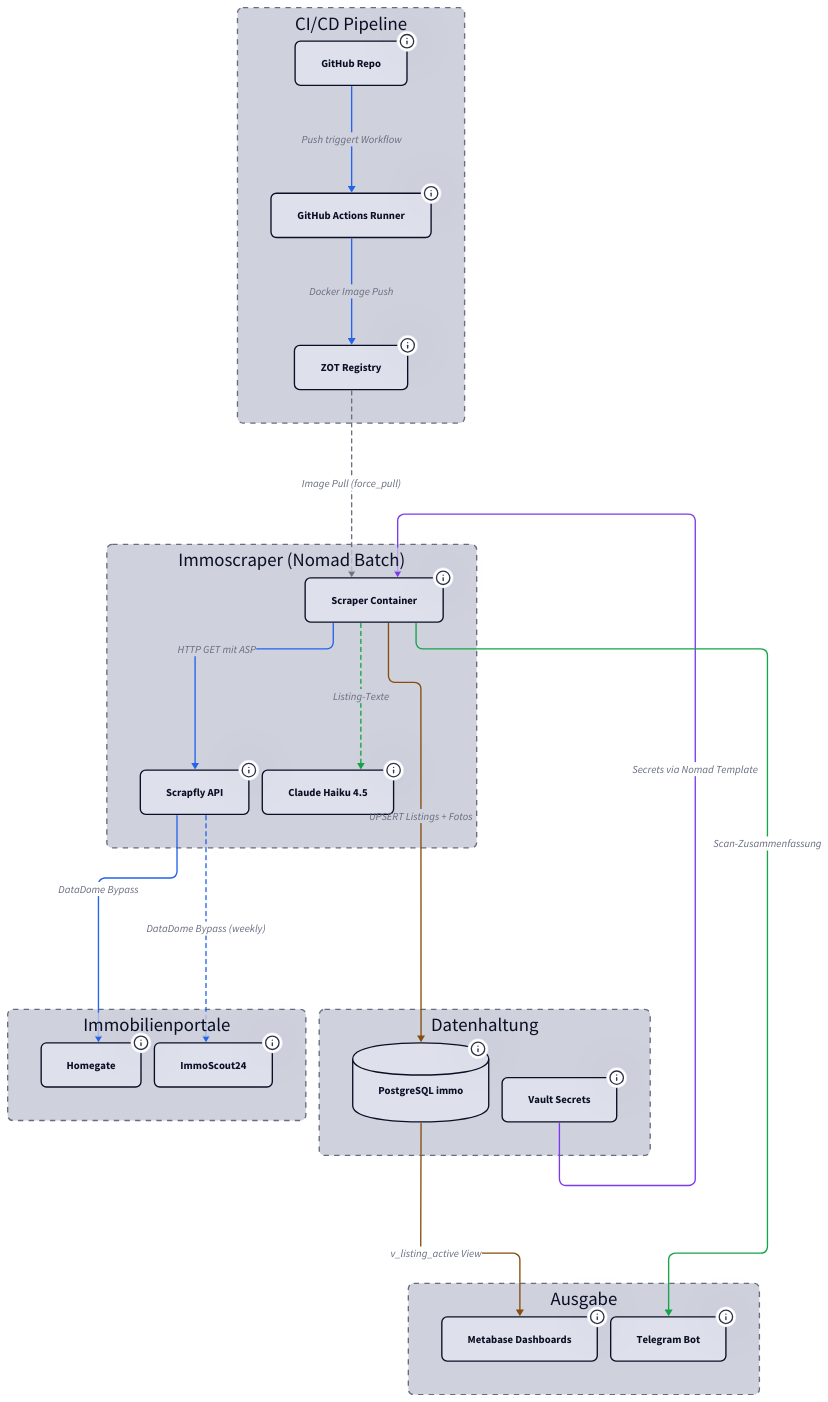
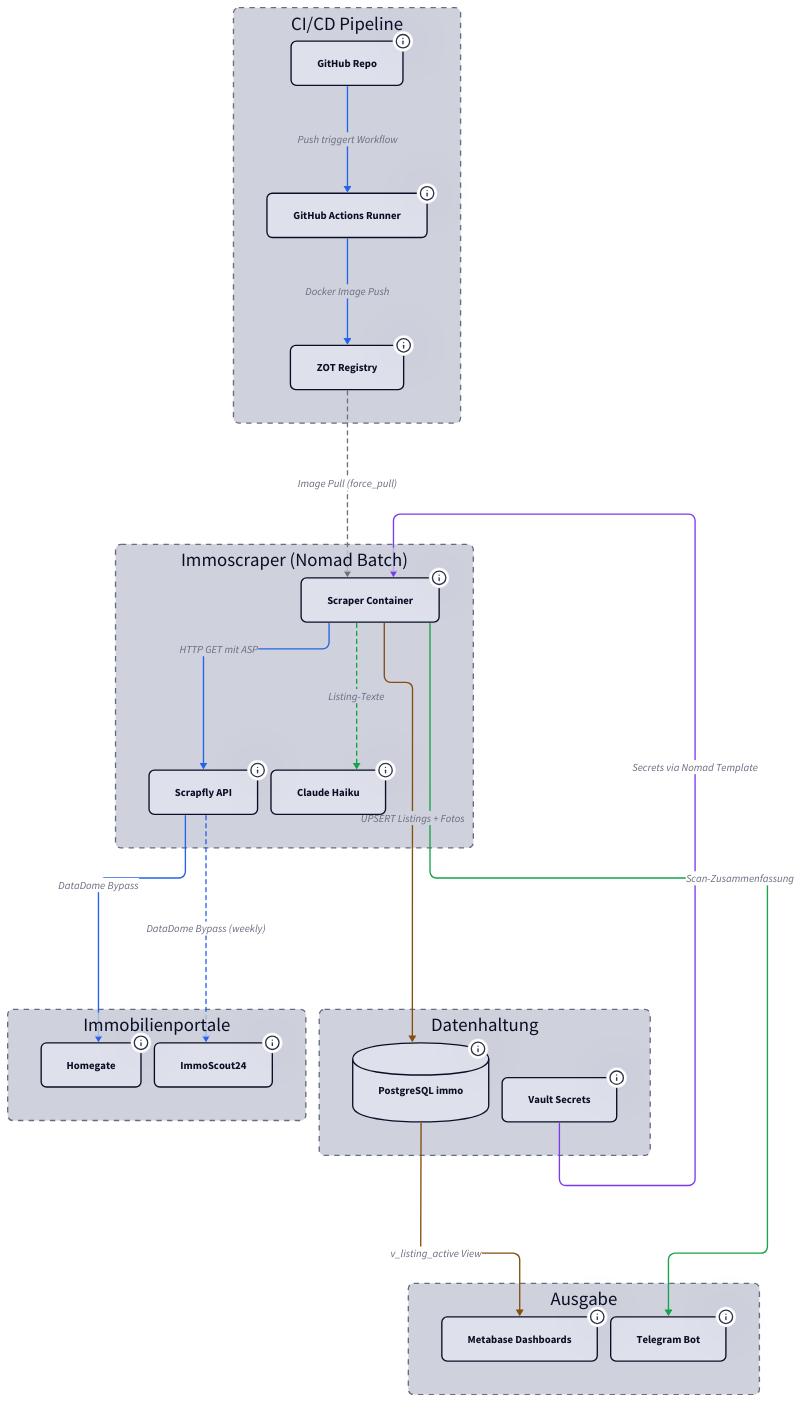
One commit to derever-labs/homelab-wiki changed the first of 3 diagrams in docs/immobilien-monitoring/index.md. Above: the diagram before and after it, drawn with D2. The commit also changed other lines of this file and 109 other files, not shown here.

```diff
--- a/docs/immobilien-monitoring/index.md
+++ b/docs/immobilien-monitoring/index.md
@@ -68,13 +72,13 @@
 
   Job: Scraper Container {
     class: node
-    tooltip: "node:22-alpine | MODE=scan oder MODE=weekly"
+    tooltip: "node (Alpine) | MODE=scan oder MODE=weekly"
   }
   SF: Scrapfly API {
     class: node
     tooltip: "ASP Anti-Bot Bypass | country=ch | Discovery Plan 30 USD/Mo"
   }
-  AI: Claude Haiku 4.5 {
+  AI: Claude Haiku {
     class: node
     tooltip: "KI-Enrichment | Stockwerk, Balkon, Parking, Minergie"
   }
@@ -89,7 +93,7 @@
   }
   IS24: ImmoScout24 {
     class: node
-    tooltip: "SMG | Woechentlicher Nebenscan | 96% Ueberlappung mit HG"
+    tooltip: "SMG | Wöchentlicher Nebenscan | 96% Überlappung mit HG"
   }
 }
 
```
